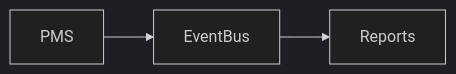
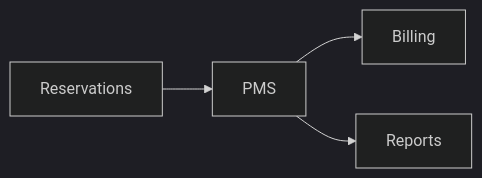
One commit to sameheg/cafeos changed the diagram in ModulesDoc/PMS.md. Above: the diagram before and after it, drawn with Mermaid (dark theme). The commit also changed other lines of this file and 21 other files, not shown here.

````diff
--- a/ModulesDoc/PMS.md
+++ b/ModulesDoc/PMS.md
@@ -16,5 +17,6 @@
 ```mermaid
 flowchart LR
-  A[PMS] --> B[EventBus]
-  B --> C[Reports]
+  Reservations --> PMS
+  PMS --> Billing
+  PMS --> Reports
 ```
````
